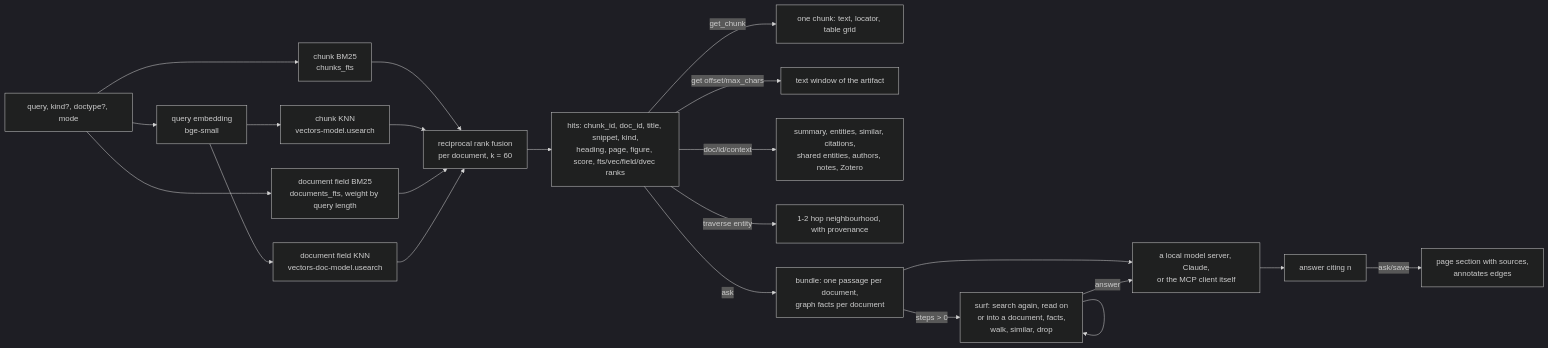
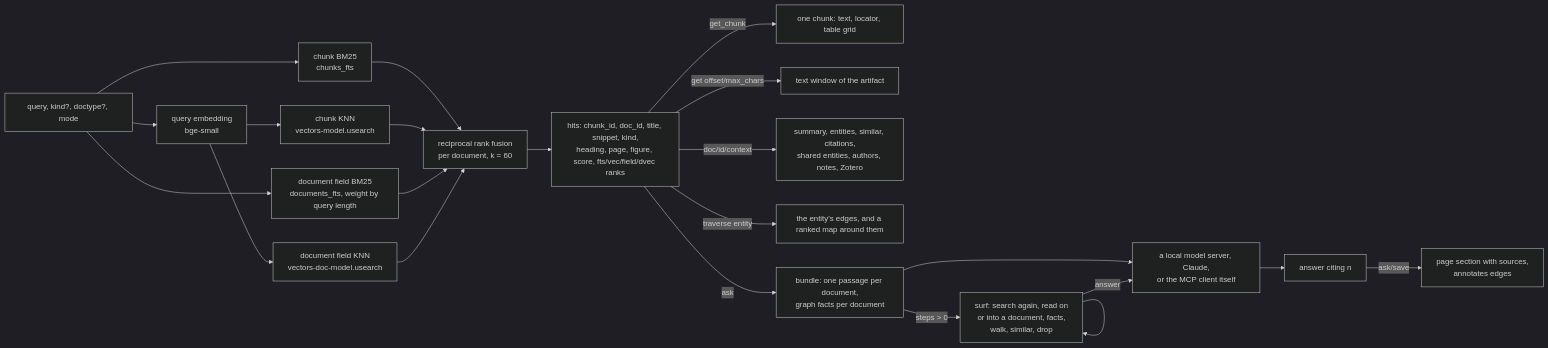
One commit to lodsb/prax changed the third of 3 diagrams in docs/architecture.md. Above: the diagram before and after it, drawn with Mermaid (dark theme). The commit also changed 14 other files, not shown here.

````diff
--- a/docs/architecture.md
+++ b/docs/architecture.md
@@ -201,19 +201,19 @@
 ```mermaid
 flowchart LR
   Q[query, kind?, doctype?, mode] --> FTS[chunk BM25<br/>chunks_fts]
   Q --> QE[query embedding<br/>bge-small] --> KNN[chunk KNN<br/>vectors-model.usearch]
   Q --> DF[document field BM25<br/>documents_fts, weight by query length]
   QE --> DK[document field KNN<br/>vectors-doc-model.usearch]
   FTS --> RRF[reciprocal rank fusion<br/>per document, k = 60]
   KNN --> RRF
   DF --> RRF
   DK --> RRF
   RRF --> H[hits: chunk_id, doc_id, title, snippet, kind,<br/>heading, page, figure, score, fts/vec/field/dvec ranks]
   H -->|get_chunk| C[one chunk: text, locator, table grid]
   H -->|get offset/max_chars| T[text window of the artifact]
   H -->|doc/id/context| X[summary, entities, similar, citations,<br/>shared entities, authors, notes, Zotero]
-  H -->|traverse entity| G[1-2 hop neighbourhood, with provenance]
+  H -->|traverse entity| G[the entity's edges, and a ranked map around them]
   H -->|ask| B[bundle: one passage per document,<br/>graph facts per document] --> M[a local model server, Claude,<br/>or the MCP client itself] --> A[answer citing n] -->|ask/save| P[page section with sources,<br/>annotates edges]
   B -->|steps > 0| S[surf: search again, read on<br/>or into a document, facts,<br/>walk, similar, drop] --> S
   S -->|answer| M
 ```
````
